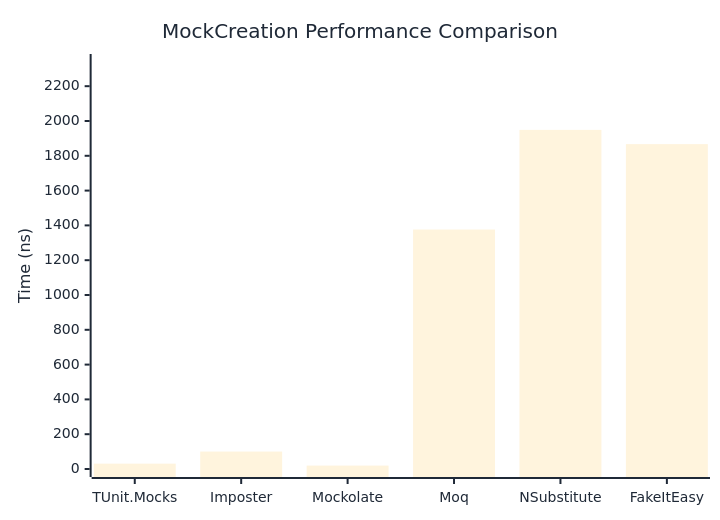
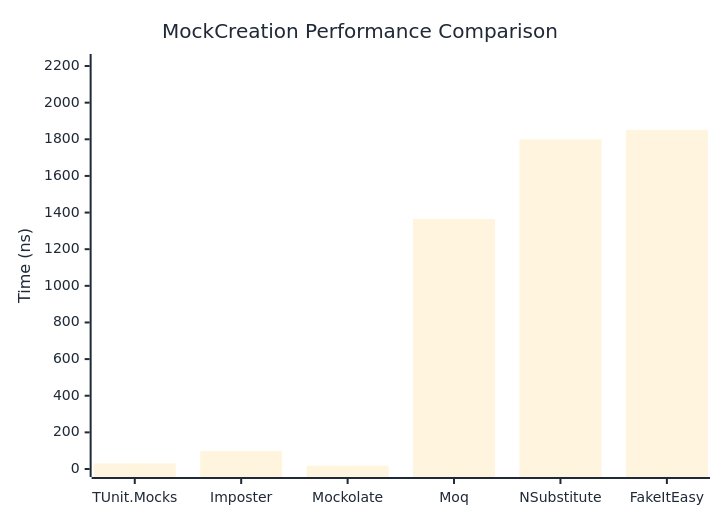
Before and after one commit to thomhurst/TUnit: the first of 2 diagrams in docs/docs/benchmarks/mocks/MockCreation.md, drawn with Mermaid. The commit also changed other lines of this file and 14 other files, not shown here.

````diff
--- a/docs/docs/benchmarks/mocks/MockCreation.md
+++ b/docs/docs/benchmarks/mocks/MockCreation.md
@@ -30,27 +30,27 @@
 ```mermaid
 %%{init: {
   'theme':'base',
   'themeVariables': {
     'primaryColor': '#2563eb',
     'primaryTextColor': '#1f2937',
     'primaryBorderColor': '#1e40af',
     'lineColor': '#6b7280',
     'secondaryColor': '#7c3aed',
     'tertiaryColor': '#dc2626',
     'background': '#ffffff',
     'pie1': '#2563eb',
     'pie2': '#7c3aed',
     'pie3': '#dc2626',
     'pie4': '#f59e0b',
     'pie5': '#10b981',
     'pie6': '#06b6d4',
     'pie7': '#ec4899',
     'pie8': '#6366f1'
   }
 }}%%
 xychart-beta
   title "MockCreation Performance Comparison"
   x-axis ["TUnit.Mocks", "Imposter", "Mockolate", "Moq", "NSubstitute", "FakeItEasy"]
-  y-axis "Time (ns)" 0 --> 2339
-  bar [30.84, 100.29, 19.63, 1376.25, 1948.9, 1866.94]
+  y-axis "Time (ns)" 0 --> 2222
+  bar [30.21, 97.69, 18.09, 1365.28, 1799.43, 1851.43]
 ```
````
